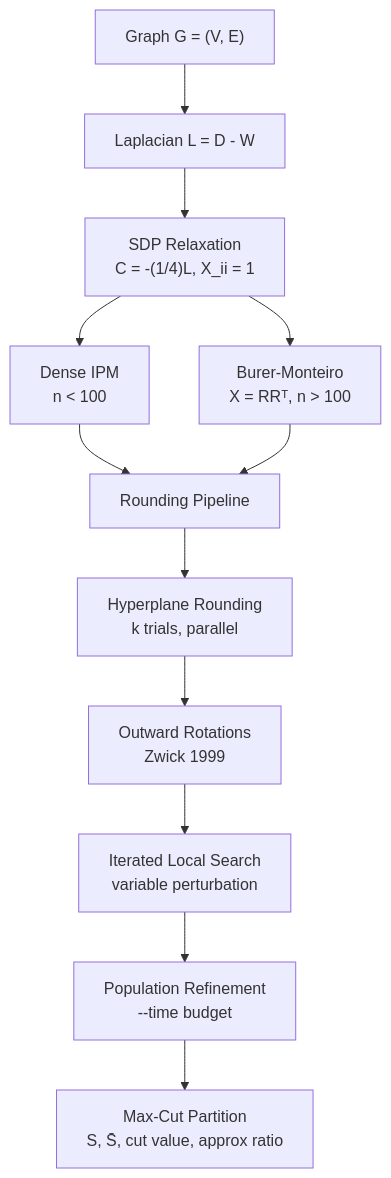
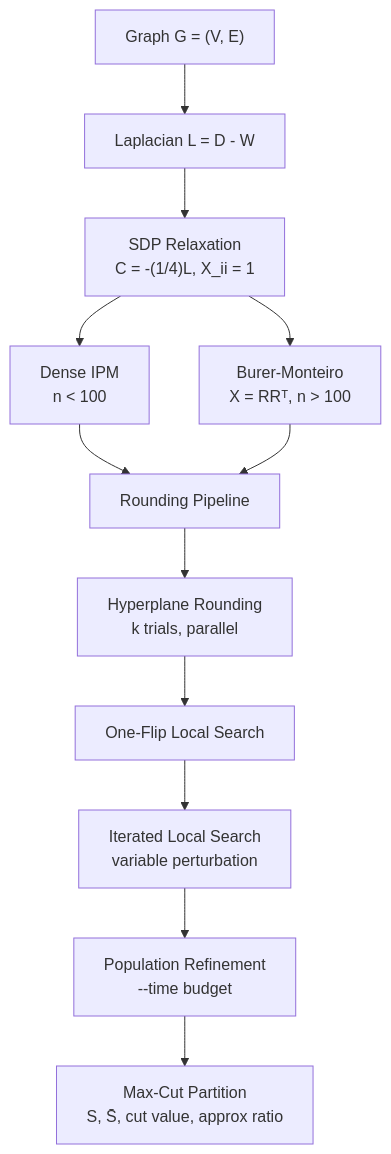
Before and after one commit to willmccallion/maxcut-sdp: the diagram in README.md, drawn with Mermaid. The commit also changed other lines of this file and 2 other files, not shown here.

First line of the commit message:
Call the one-flip local search by its name

````diff
--- a/README.md
+++ b/README.md
@@ -56,18 +56,18 @@
 ```mermaid
 graph TD
     A["Graph G = (V, E)"] --> B["Laplacian L = D - W"]
     B --> C["SDP Relaxation<br/>C = -(1/4)L, X_ii = 1"]
 
     C --> D["Dense IPM<br/>n &lt; 100"]
     C --> E["Burer-Monteiro<br/>X = RRᵀ, n &gt; 100"]
 
     D --> F["Rounding Pipeline"]
     E --> F
 
     F --> G["Hyperplane Rounding<br/>k trials, parallel"]
-    G --> H["Outward Rotations<br/>Zwick 1999"]
+    G --> H["One-Flip Local Search"]
     H --> I["Iterated Local Search<br/>variable perturbation"]
     I --> J["Population Refinement<br/>--time budget"]
 
     J --> K["Max-Cut Partition<br/>S, S̄, cut value, approx ratio"]
 ```
````
